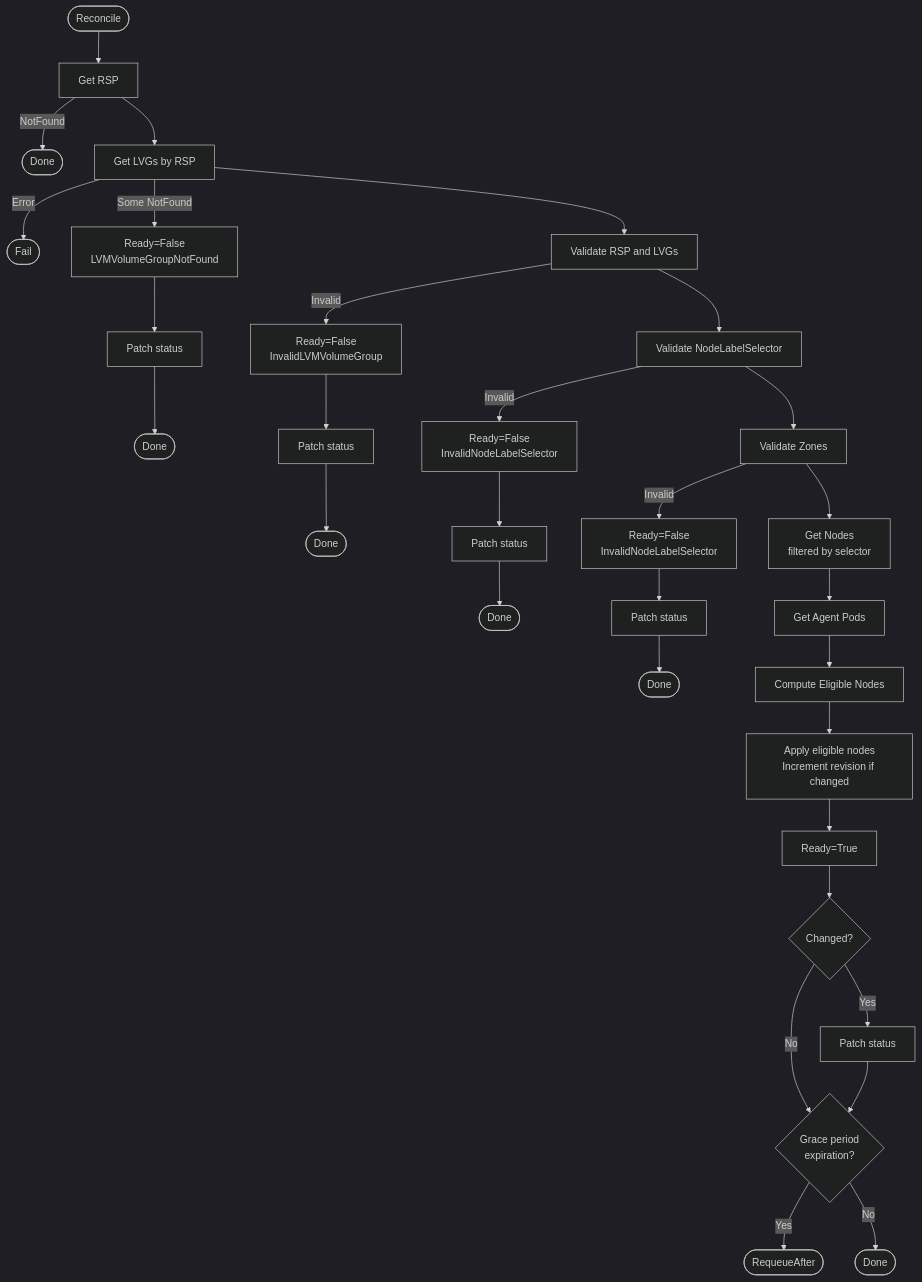
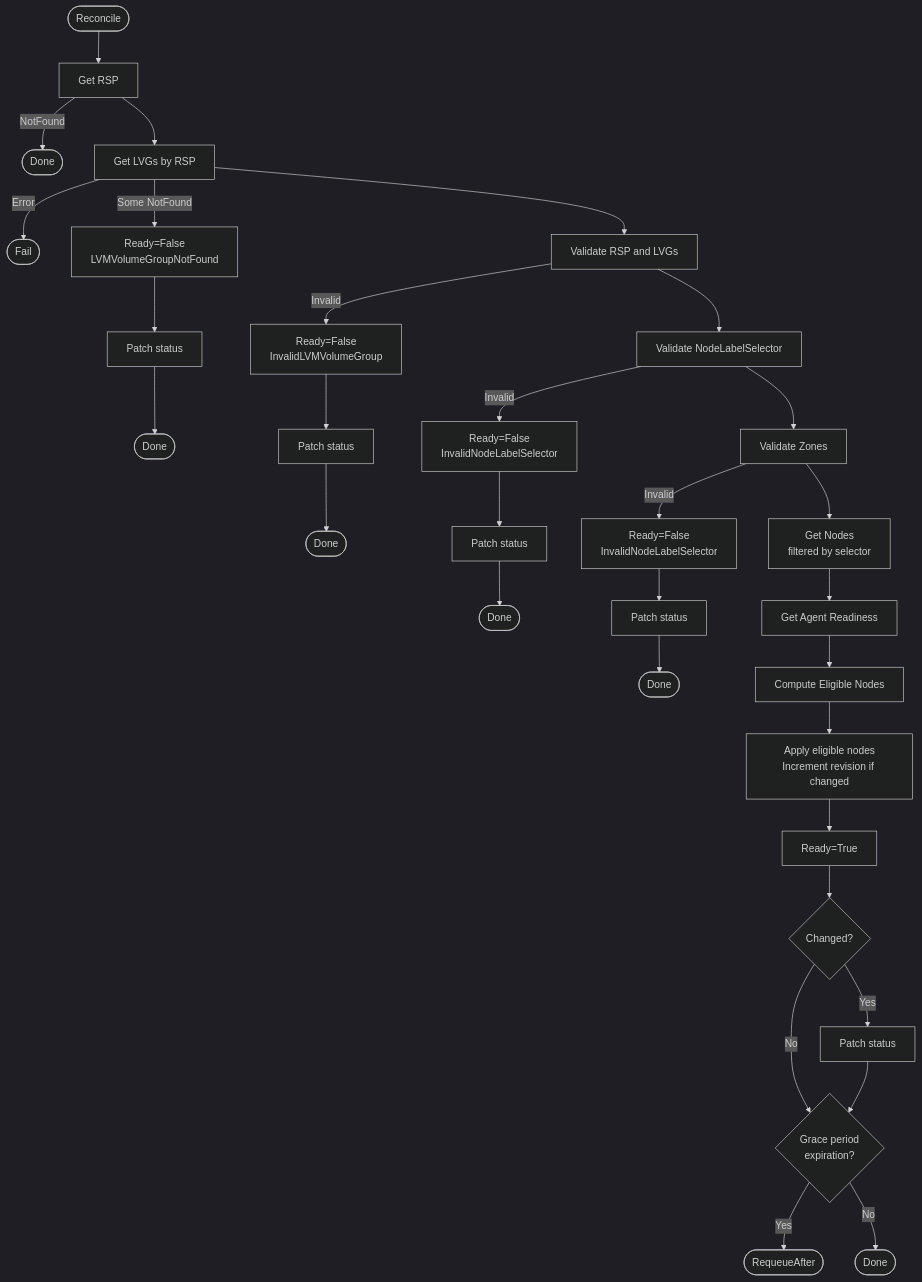
One commit to deckhouse/sds-replicated-volume changed the first of 2 diagrams in images/controller/internal/controllers/rsp_controller/README.md. Above: the diagram before and after it, drawn with Mermaid (dark theme). The commit also changed other lines of this file and 40 other files, not shown here.

````diff
--- a/images/controller/internal/controllers/rsp_controller/README.md
+++ b/images/controller/internal/controllers/rsp_controller/README.md
@@ -39,45 +61,45 @@
 ```mermaid
 flowchart TD
     Start([Reconcile]) --> GetRSP[Get RSP]
     GetRSP -->|NotFound| Done1([Done])
     GetRSP --> GetLVGs[Get LVGs by RSP]
 
     GetLVGs -->|Error| Fail1([Fail])
     GetLVGs -->|Some NotFound| SetLVGNotFound[Ready=False<br>LVMVolumeGroupNotFound]
     GetLVGs --> ValidateRSP[Validate RSP and LVGs]
 
     SetLVGNotFound --> PatchStatus1[Patch status]
     PatchStatus1 --> Done2([Done])
 
     ValidateRSP -->|Invalid| SetInvalidLVG[Ready=False<br>InvalidLVMVolumeGroup]
     ValidateRSP --> ValidateSelector[Validate NodeLabelSelector]
 
     SetInvalidLVG --> PatchStatus2[Patch status]
     PatchStatus2 --> Done3([Done])
 
     ValidateSelector -->|Invalid| SetInvalidSelector[Ready=False<br>InvalidNodeLabelSelector]
     ValidateSelector --> ValidateZones[Validate Zones]
 
     SetInvalidSelector --> PatchStatus3[Patch status]
     PatchStatus3 --> Done4([Done])
 
     ValidateZones -->|Invalid| SetInvalidZones[Ready=False<br>InvalidNodeLabelSelector]
     ValidateZones --> GetNodes[Get Nodes<br>filtered by selector]
 
     SetInvalidZones --> PatchStatus4[Patch status]
     PatchStatus4 --> Done5([Done])
 
-    GetNodes --> GetAgentPods[Get Agent Pods]
-    GetAgentPods --> ComputeEligible[Compute Eligible Nodes]
+    GetNodes --> GetAgentReadiness[Get Agent Readiness]
+    GetAgentReadiness --> ComputeEligible[Compute Eligible Nodes]
 
     ComputeEligible --> ApplyEligible[Apply eligible nodes<br>Increment revision if changed]
     ApplyEligible --> SetReady[Ready=True]
 
     SetReady --> Changed{Changed?}
     Changed -->|Yes| PatchStatus5[Patch status]
     Changed -->|No| CheckGrace{Grace period<br>expiration?}
     PatchStatus5 --> CheckGrace
 
     CheckGrace -->|Yes| Requeue([RequeueAfter])
     CheckGrace -->|No| Done6([Done])
 ```
````
